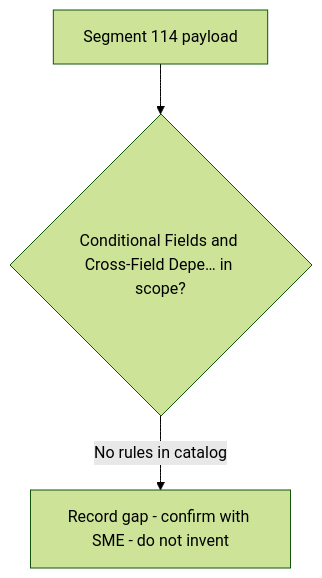
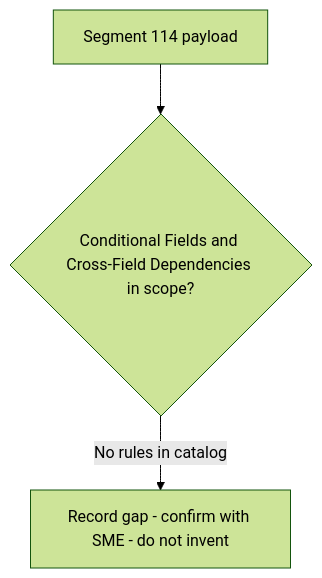
The diagram in regression-artifact-validator/specifications/ATL105/docs/specs/kb/segment-114/conditional-dependency-rules-flow.md (DhanSingh-hub/core-auth-ai-validation-framework), drawn with Mermaid (forest theme) before and after one commit. The commit also changed 150 other files, not shown here.

````diff
--- a/regression-artifact-validator/specifications/ATL105/docs/specs/kb/segment-114/conditional-dependency-rules-flow.md
+++ b/regression-artifact-validator/specifications/ATL105/docs/specs/kb/segment-114/conditional-dependency-rules-flow.md
@@ -3,5 +3,5 @@
 ```mermaid
 flowchart TD
-    A[Segment 114 payload] --> B{Conditional Fields and Cross-Field Depe… in scope?}
+    A[Segment 114 payload] --> B{Conditional Fields and Cross-Field Dependencies in scope?}
     B -->|No rules in catalog| G[Record gap - confirm with SME - do not invent]
 ```
````
